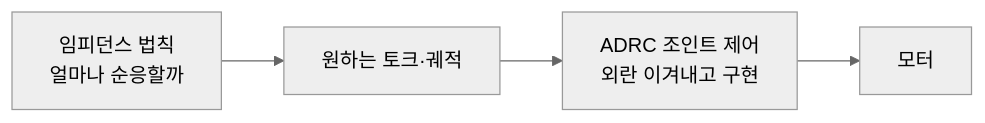
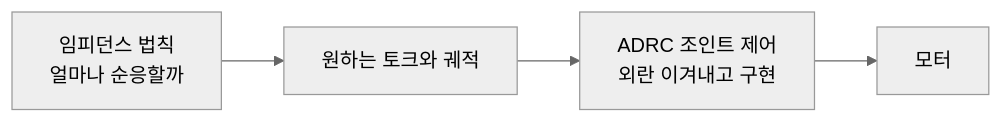
The second of 2 diagrams in _posts/adrc/2026-07-21-17-motor-joint-loops.md (genie4youu/genie4youu.github.io), drawn with Mermaid (neutral theme) before and after one commit. The commit also changed other lines of this file and 100 other files, not shown here.

````diff
--- a/_posts/adrc/2026-07-21-17-motor-joint-loops.md
+++ b/_posts/adrc/2026-07-21-17-motor-joint-loops.md
@@ -63,4 +63,4 @@
 ```mermaid
 flowchart LR
-    I["임피던스 법칙<br/>얼마나 순응할까"] --> T["원하는 토크·궤적"] --> A["ADRC 조인트 제어<br/>외란 이겨내고 구현"] --> M["모터"]
+    I["임피던스 법칙<br/>얼마나 순응할까"] --> T["원하는 토크와 궤적"] --> A["ADRC 조인트 제어<br/>외란 이겨내고 구현"] --> M["모터"]
 ```
````
